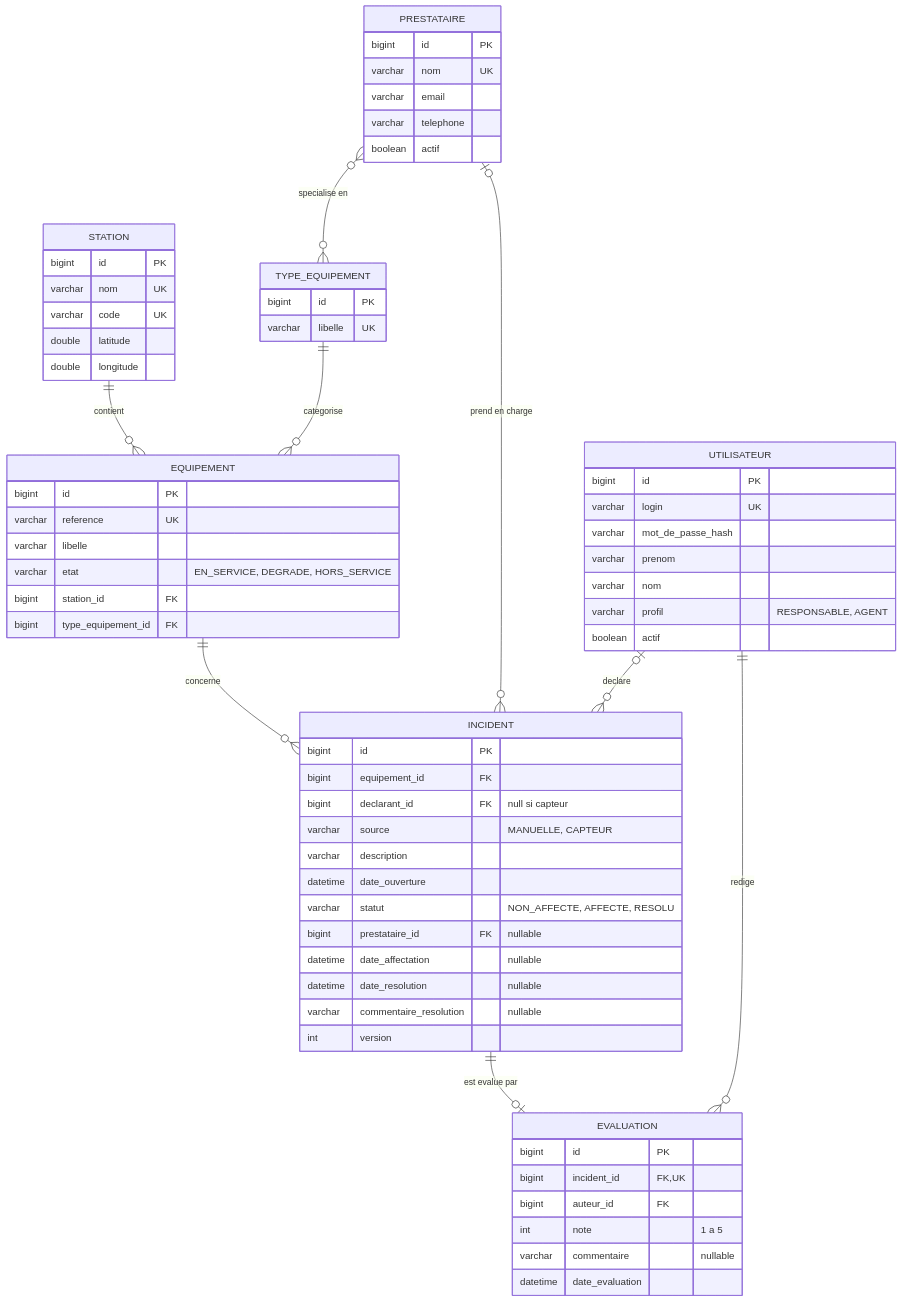
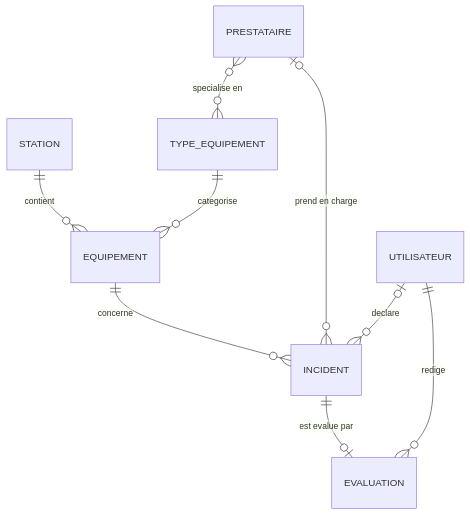
One commit to ibrahimghellab/Downlyzer changed the second of 2 diagrams in journal.md. Above: the diagram before and after it, drawn with Mermaid. The commit also changed other lines of this file and 21 other files, not shown here.

````diff
--- a/journal.md
+++ b/journal.md
@@ -180,69 +148,11 @@
 ```mermaid
 erDiagram
     STATION ||--o{ EQUIPEMENT : contient
     TYPE_EQUIPEMENT ||--o{ EQUIPEMENT : categorise
     EQUIPEMENT ||--o{ INCIDENT : concerne
     PRESTATAIRE |o--o{ INCIDENT : "prend en charge"
     UTILISATEUR |o--o{ INCIDENT : declare
     INCIDENT ||--o| EVALUATION : "est evalue par"
     UTILISATEUR ||--o{ EVALUATION : redige
     PRESTATAIRE }o--o{ TYPE_EQUIPEMENT : "specialise en"
-
-    STATION {
-        bigint id PK
-        varchar nom UK
-        varchar code UK
-        double latitude
-        double longitude
-    }
-    TYPE_EQUIPEMENT {
-        bigint id PK
-        varchar libelle UK
-    }
-    EQUIPEMENT {
-        bigint id PK
-        varchar reference UK
-        varchar libelle
-        varchar etat "EN_SERVICE, DEGRADE, HORS_SERVICE"
-        bigint station_id FK
-        bigint type_equipement_id FK
-    }
-    PRESTATAIRE {
-        bigint id PK
-        varchar nom UK
-        varchar email
-        varchar telephone
-        boolean actif
-    }
-    UTILISATEUR {
-        bigint id PK
-        varchar login UK
-        varchar mot_de_passe_hash
-        varchar prenom
-        varchar nom
-        varchar profil "RESPONSABLE, AGENT"
-        boolean actif
-    }
-    INCIDENT {
-        bigint id PK
-        bigint equipement_id FK
-        bigint declarant_id FK "null si capteur"
-        varchar source "MANUELLE, CAPTEUR"
-        varchar description
-        datetime date_ouverture
-        varchar statut "NON_AFFECTE, AFFECTE, RESOLU"
-        bigint prestataire_id FK "nullable"
-        datetime date_affectation "nullable"
-        datetime date_resolution "nullable"
-        varchar commentaire_resolution "nullable"
-        int version
-    }
-    EVALUATION {
-        bigint id PK
-        bigint incident_id FK,UK
-        bigint auteur_id FK
-        int note "1 a 5"
-        varchar commentaire "nullable"
-        datetime date_evaluation
-    }
 ```
````
